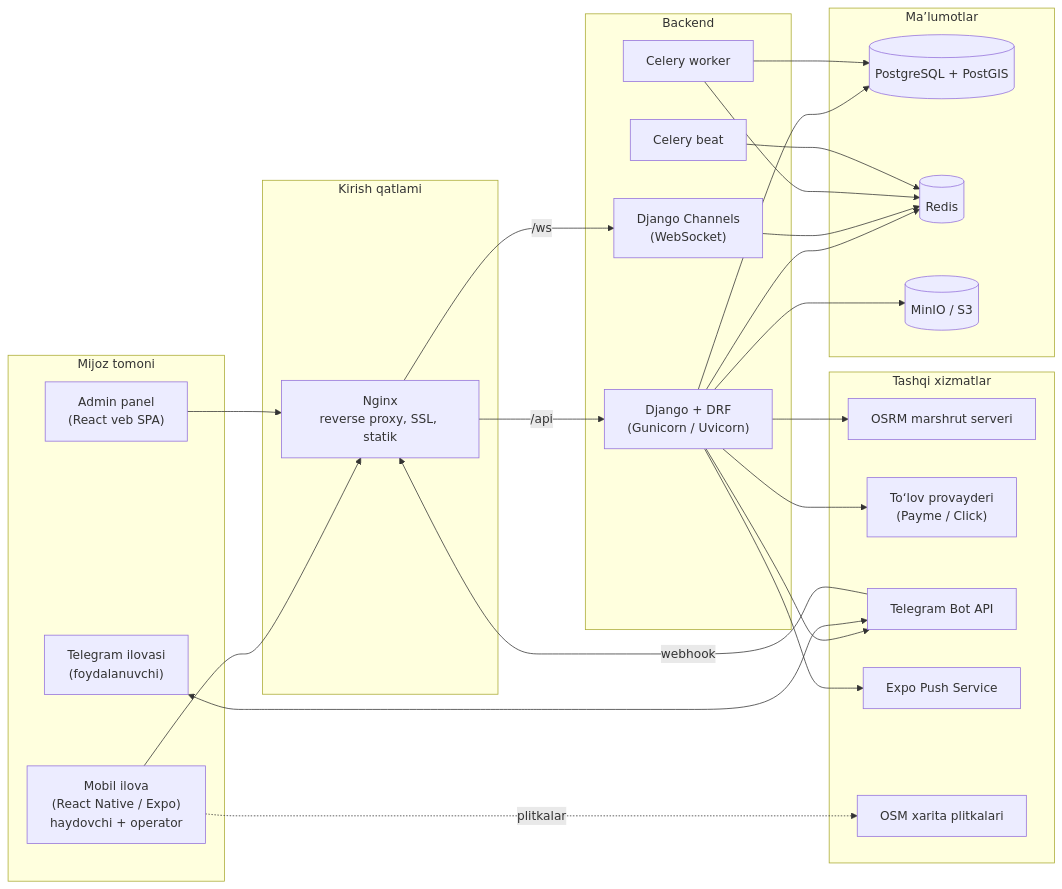
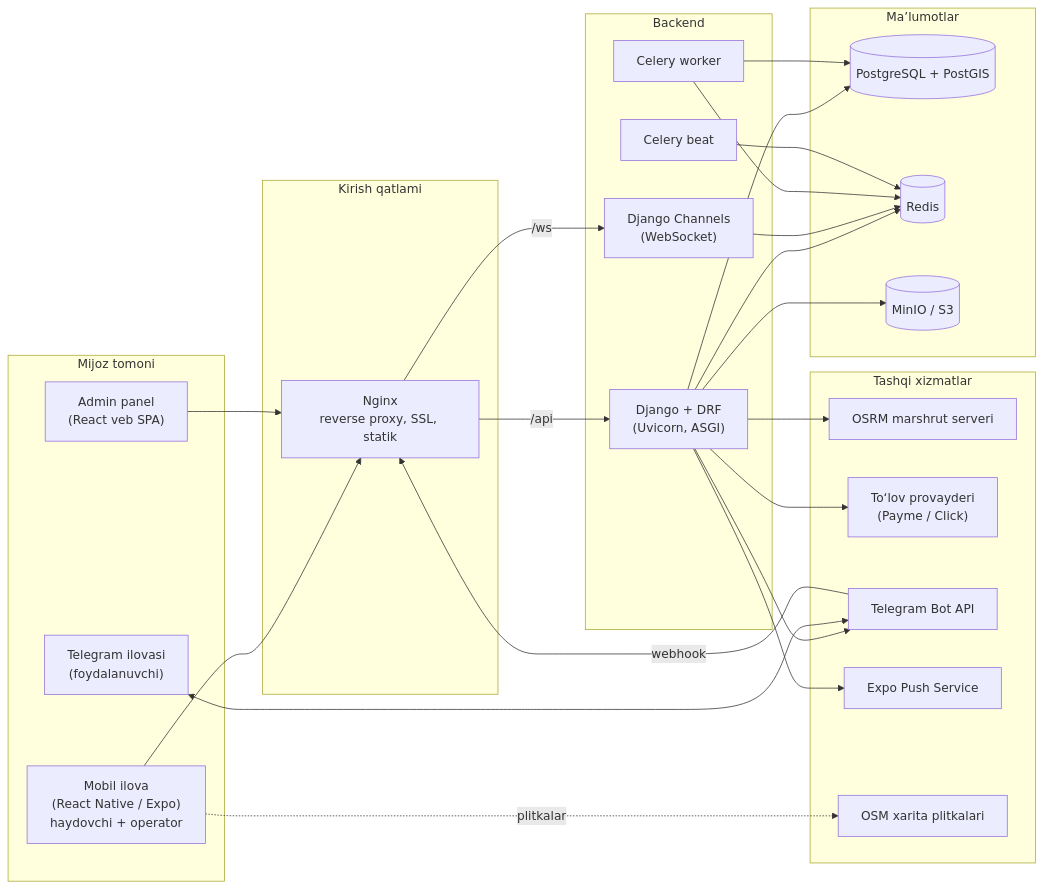
One commit to ParkBor/parkbor changed the first of 6 diagrams in docs/ARCHITECTURE.md. Above: the diagram before and after it, drawn with Mermaid. The commit also changed other lines of this file and 39 other files, not shown here.

````diff
--- a/docs/ARCHITECTURE.md
+++ b/docs/ARCHITECTURE.md
@@ -159,45 +159,45 @@
 ```mermaid
 flowchart LR
     subgraph Client["Mijoz tomoni"]
         A["Mobil ilova<br/>(React Native / Expo)<br/>haydovchi + operator"]
         B["Admin panel<br/>(React veb SPA)"]
         TG["Telegram ilovasi<br/>(foydalanuvchi)"]
     end
 
     subgraph Edge["Kirish qatlami"]
         N["Nginx<br/>reverse proxy, SSL, statik"]
     end
 
     subgraph Backend["Backend"]
-        API["Django + DRF<br/>(Gunicorn / Uvicorn)"]
+        API["Django + DRF<br/>(Uvicorn, ASGI)"]
         WS["Django Channels<br/>(WebSocket)"]
         CW["Celery worker"]
         CB["Celery beat"]
     end
 
     subgraph Data["Ma’lumotlar"]
         PG[("PostgreSQL + PostGIS")]
         R[("Redis")]
         S3[("MinIO / S3")]
     end
 
     subgraph Ext["Tashqi xizmatlar"]
         OSRM["OSRM marshrut serveri"]
         PAY["To‘lov provayderi<br/>(Payme / Click)"]
         TGAPI["Telegram Bot API"]
         EXPO["Expo Push Service"]
         OSM["OSM xarita plitkalari"]
     end
 
     A & B --> N
     N -->|/api| API
     N -->|/ws| WS
     API --> PG & R & S3
     WS --> R
     CW --> PG & R
     CB --> R
     API --> OSRM & PAY & TGAPI & EXPO
     TG <--> TGAPI
     TGAPI -->|webhook| N
     A -.plitkalar.-> OSM
 ```
````
